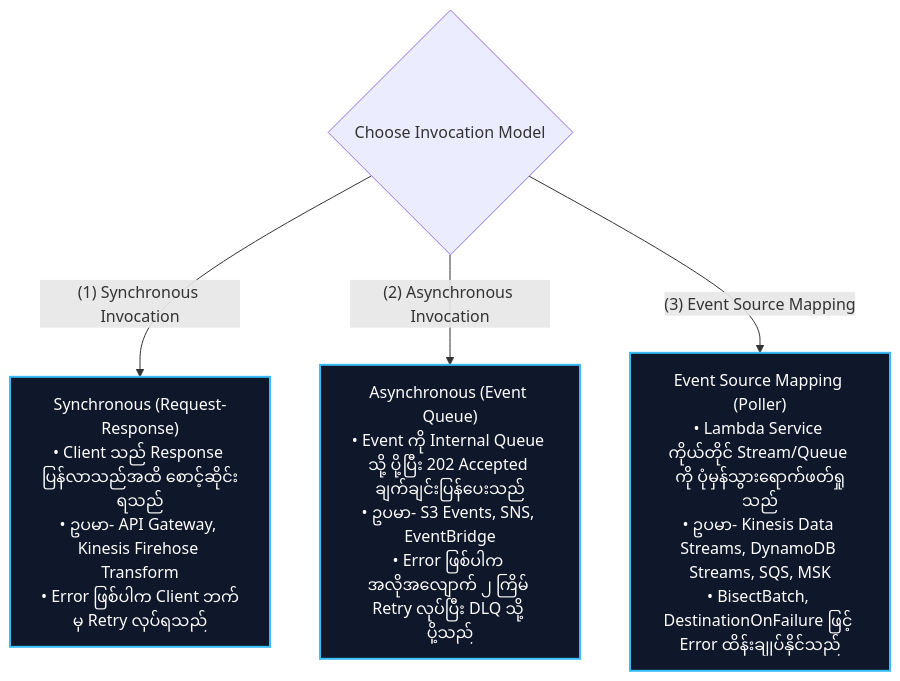
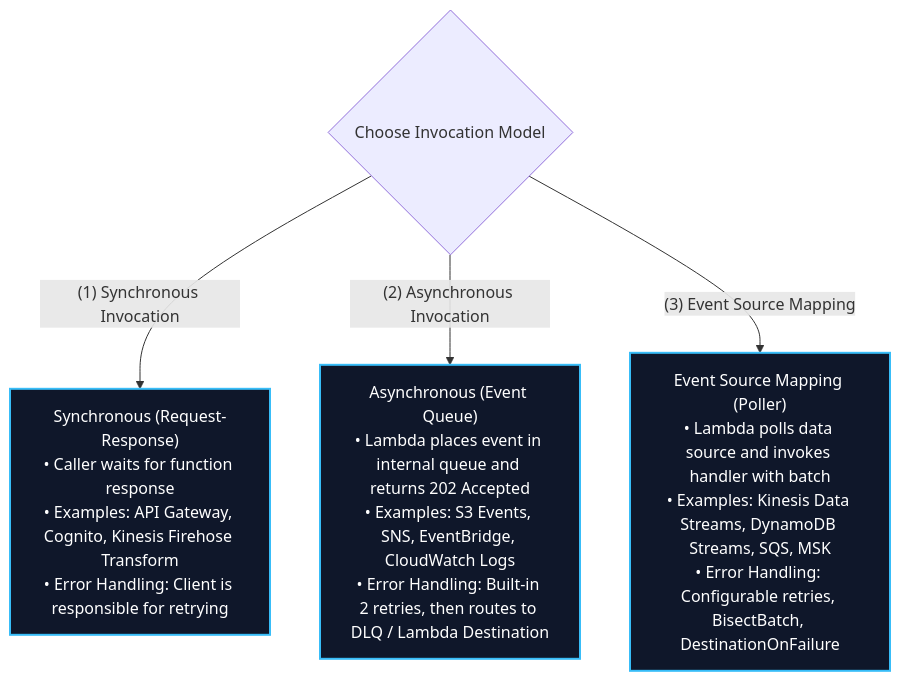
The second of 7 diagrams in content/mm/02-services/compute-containers/lambda.md (Wathon/aws-dea-c01-note), drawn with Mermaid before and after one commit. The commit also changed other lines of this file and 41 other files, not shown here.

````diff
--- a/content/mm/02-services/compute-containers/lambda.md
+++ b/content/mm/02-services/compute-containers/lambda.md
@@ -118,13 +127,13 @@
 ```mermaid
 graph TD
     InvocationType{Choose Invocation Model}
 
-    InvocationType -->|"(1) Synchronous Invocation"| Sync["Synchronous (Request-Response)<br/>• Client သည် Response ပြန်လာသည်အထိ စောင့်ဆိုင်းရသည်<br/>• ဥပမာ- API Gateway, Kinesis Firehose Transform<br/>• Error ဖြစ်ပါက Client ဘက်မှ Retry လုပ်ရသည်"]
+    InvocationType -->|"(1) Synchronous Invocation"| Sync["Synchronous (Request-Response)<br/>• Caller waits for function response<br/>• Examples: API Gateway, Cognito, Kinesis Firehose Transform<br/>• Error Handling: Client is responsible for retrying"]
 
-    InvocationType -->|"(2) Asynchronous Invocation"| Async["Asynchronous (Event Queue)<br/>• Event ကို Internal Queue သို့ ပို့ပြီး 202 Accepted ချက်ချင်းပြန်ပေးသည်<br/>• ဥပမာ- S3 Events, SNS, EventBridge<br/>• Error ဖြစ်ပါက အလိုအလျောက် ၂ ကြိမ် Retry လုပ်ပြီး DLQ သို့ ပို့သည်"]
+    InvocationType -->|"(2) Asynchronous Invocation"| Async["Asynchronous (Event Queue)<br/>• Lambda places event in internal queue and returns 202 Accepted<br/>• Examples: S3 Events, SNS, EventBridge, CloudWatch Logs<br/>• Error Handling: Built-in 2 retries, then routes to DLQ / Lambda Destination"]
 
-    InvocationType -->|"(3) Event Source Mapping"| ESM["Event Source Mapping (Poller)<br/>• Lambda Service ကိုယ်တိုင် Stream/Queue ကို ပုံမှန်သွားရောက်ဖတ်ရှုသည်<br/>• ဥပမာ- Kinesis Data Streams, DynamoDB Streams, SQS, MSK<br/>• BisectBatch, DestinationOnFailure ဖြင့် Error ထိန်းချုပ်နိုင်သည်"]
+    InvocationType -->|"(3) Event Source Mapping"| ESM["Event Source Mapping (Poller)<br/>• Lambda polls data source and invokes handler with batch<br/>• Examples: Kinesis Data Streams, DynamoDB Streams, SQS, MSK<br/>• Error Handling: Configurable retries, BisectBatch, DestinationOnFailure"]
 
     classDef model fill:#0f172a,stroke:#38bdf8,stroke-width:2px,color:#fff;
     class Sync,Async,ESM model;
 ```
````
